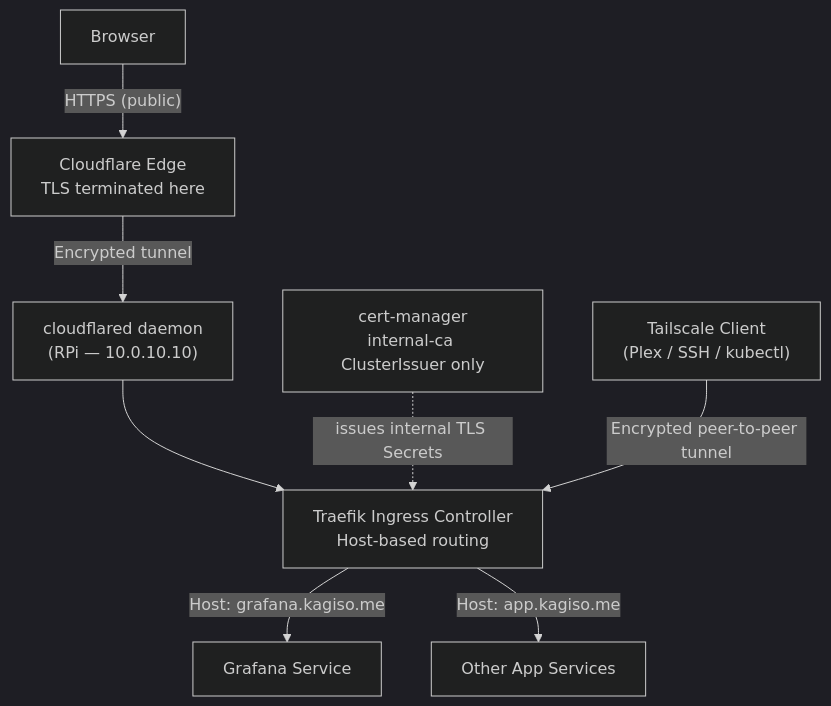
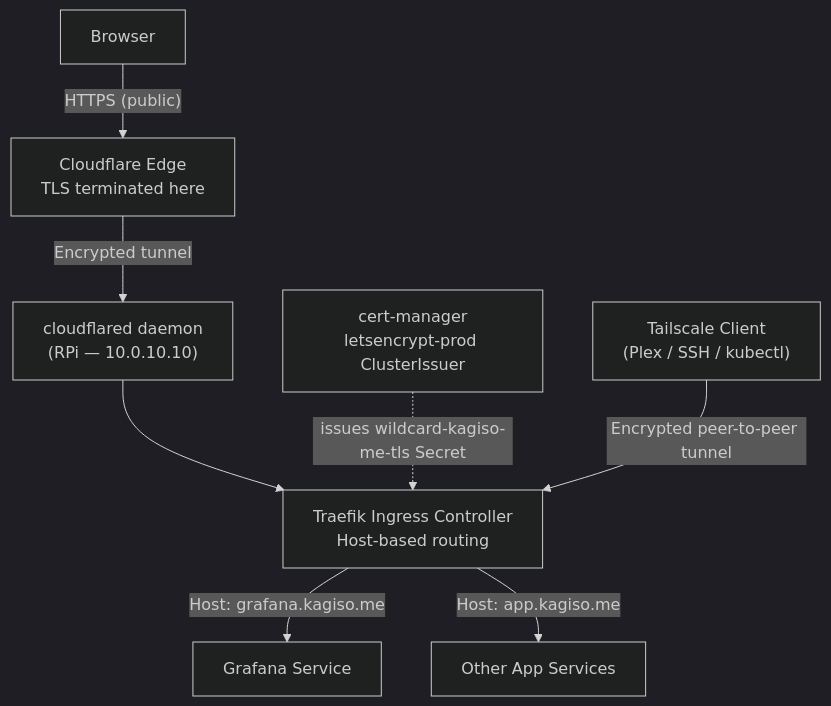
One commit to Kagiso-me/homelab-infrastructure changed the first of 2 diagrams in docs/guides/03-Networking-Platform.md. Above: the diagram before and after it, drawn with Mermaid (dark theme). The commit also changed other lines of this file and 1 other file, not shown here.

Commit message:
docs: update networking platform guide with cert-manager and TLSStore details

````diff
--- a/docs/guides/03-Networking-Platform.md
+++ b/docs/guides/03-Networking-Platform.md
@@ -80,10 +80,10 @@
 ```mermaid
 graph TD
     Browser["Browser"] -->|"HTTPS (public)"| CF["Cloudflare Edge<br/>TLS terminated here"]
     CF -->|"Encrypted tunnel"| CFD["cloudflared daemon<br/>(RPi — 10.0.10.10)"]
     CFD --> Traefik["Traefik Ingress Controller<br/>Host-based routing"]
     Traefik -->|"Host: grafana.kagiso.me"| Grafana["Grafana Service"]
     Traefik -->|"Host: app.kagiso.me"| App["Other App Services"]
-    CertManager["cert-manager<br/>internal-ca ClusterIssuer only"] -.->|issues internal TLS Secrets| Traefik
+    CertManager["cert-manager<br/>letsencrypt-prod ClusterIssuer"] -.->|issues wildcard-kagiso-me-tls Secret| Traefik
     TS["Tailscale Client<br/>(Plex / SSH / kubectl)"] -->|"Encrypted peer-to-peer tunnel"| Traefik
 ```
````
